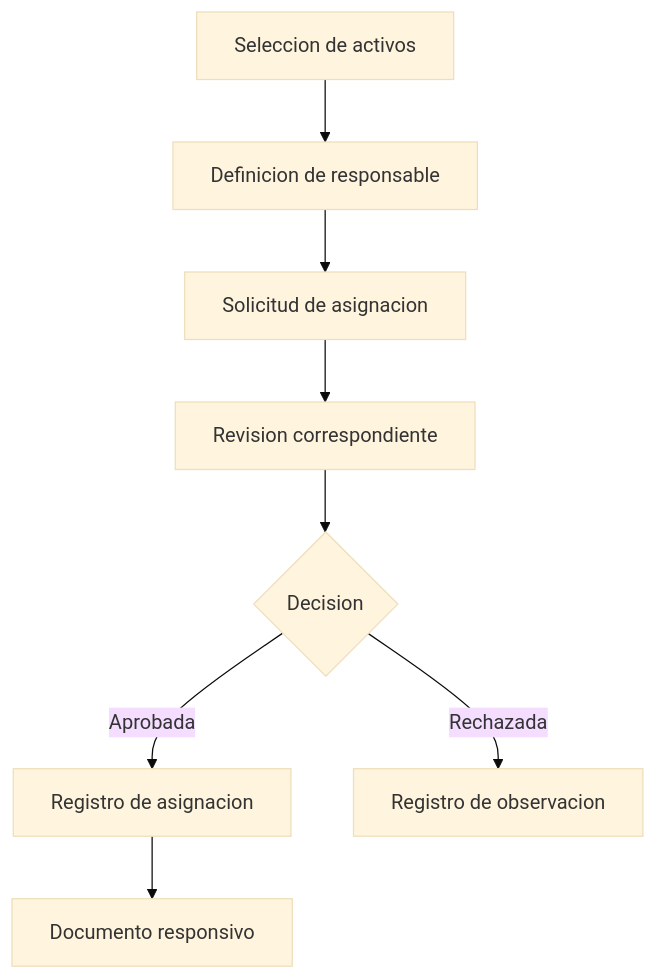
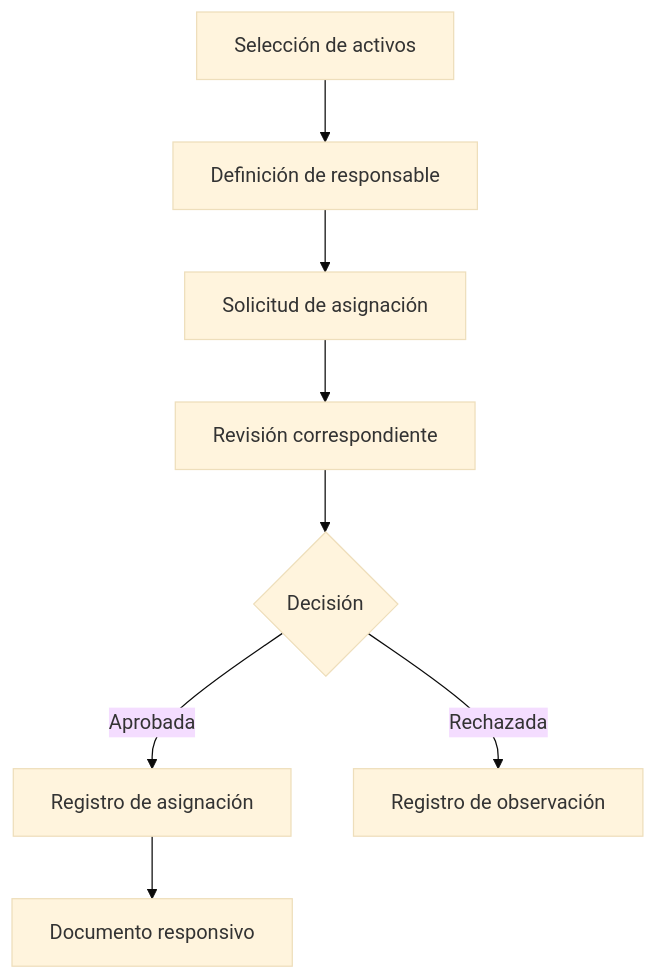
Before and after one commit to Ricardo-NM/totis-gdb-docs: the third of 4 diagrams in docs/flujos.md, drawn with Mermaid (base theme). The commit also changed other lines of this file and 10 other files, not shown here.

````diff
--- a/docs/flujos.md
+++ b/docs/flujos.md
@@ -34,10 +34,10 @@
 ```mermaid
 flowchart TD
-    A[Seleccion de activos] --> B[Definicion de responsable]
-    B --> C[Solicitud de asignacion]
-    C --> D[Revision correspondiente]
-    D --> E{Decision}
-    E -->|Aprobada| F[Registro de asignacion]
-    E -->|Rechazada| G[Registro de observacion]
+    A[Selección de activos] --> B[Definición de responsable]
+    B --> C[Solicitud de asignación]
+    C --> D[Revisión correspondiente]
+    D --> E{Decisión}
+    E -->|Aprobada| F[Registro de asignación]
+    E -->|Rechazada| G[Registro de observación]
     F --> H[Documento responsivo]
 ```
````
